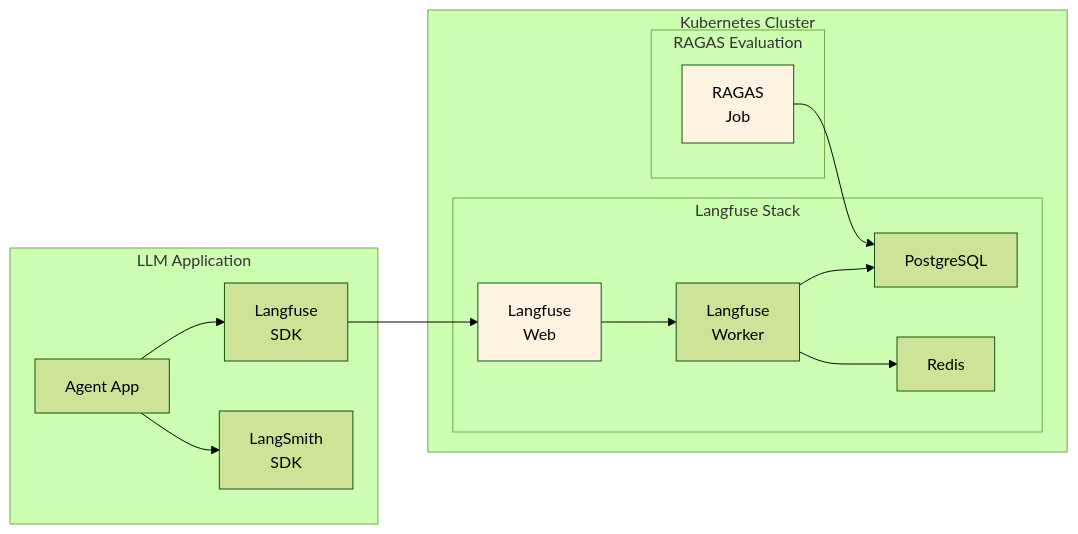
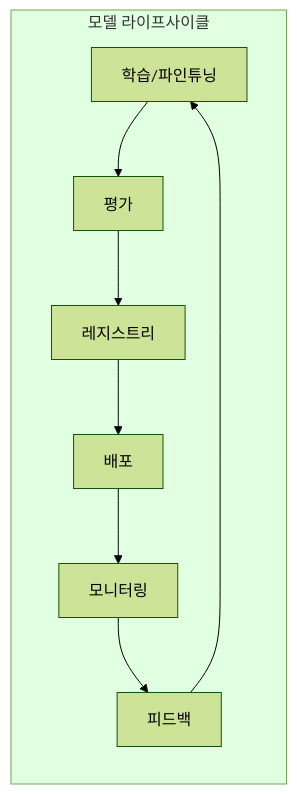
Before and after one commit to devfloor9/engineering-playbook: the fourth of 4 diagrams in docs/agentic-ai-platform/design-architecture/agentic-ai-challenges.md, drawn with Mermaid (forest theme). The commit also changed other lines of this file and 6 other files, not shown here.

First line of the commit message:
refactor: design-architecture 문서 흐름 재구성 + 콘텐츠 재배치

````diff
--- a/docs/agentic-ai-platform/design-architecture/agentic-ai-challenges.md
+++ b/docs/agentic-ai-platform/design-architecture/agentic-ai-challenges.md
@@ -784,32 +190,16 @@
 ```mermaid
 flowchart LR
-    subgraph Application["LLM Application"]
-        APP["Agent App"]
-        SDK1["Langfuse<br/>SDK"]
-        SDK2["LangSmith<br/>SDK"]
+    subgraph Lifecycle["모델 라이프사이클"]
+        TRAIN["학습/파인튜닝"]
+        EVAL["평가"]
+        REG["레지스트리"]
+        DEPLOY["배포"]
+        MONITOR["모니터링"]
+        FEEDBACK["피드백"]
     end
 
-    subgraph K8s["Kubernetes Cluster"]
-        subgraph LFStack["Langfuse Stack"]
-            LF_WEB["Langfuse<br/>Web"]
-            LF_WORKER["Langfuse<br/>Worker"]
-            LF_DB["PostgreSQL"]
-            LF_REDIS["Redis"]
-        end
+    TRAIN --> EVAL --> REG --> DEPLOY --> MONITOR --> FEEDBACK
+    FEEDBACK --> TRAIN
 
-        subgraph Evaluation["RAGAS Evaluation"]
-            RAGAS_JOB["RAGAS<br/>Job"]
-        end
-    end
-
-    APP --> SDK1
-    SDK1 --> LF_WEB
-    APP --> SDK2
-    LF_WEB --> LF_WORKER
-    LF_WORKER --> LF_DB
-    LF_WORKER --> LF_REDIS
-    RAGAS_JOB --> LF_DB
-
-    style LF_WEB fill:#fff4e1
-    style RAGAS_JOB fill:#fff4e1
+    style Lifecycle fill:#e1ffe1
 ```
````
